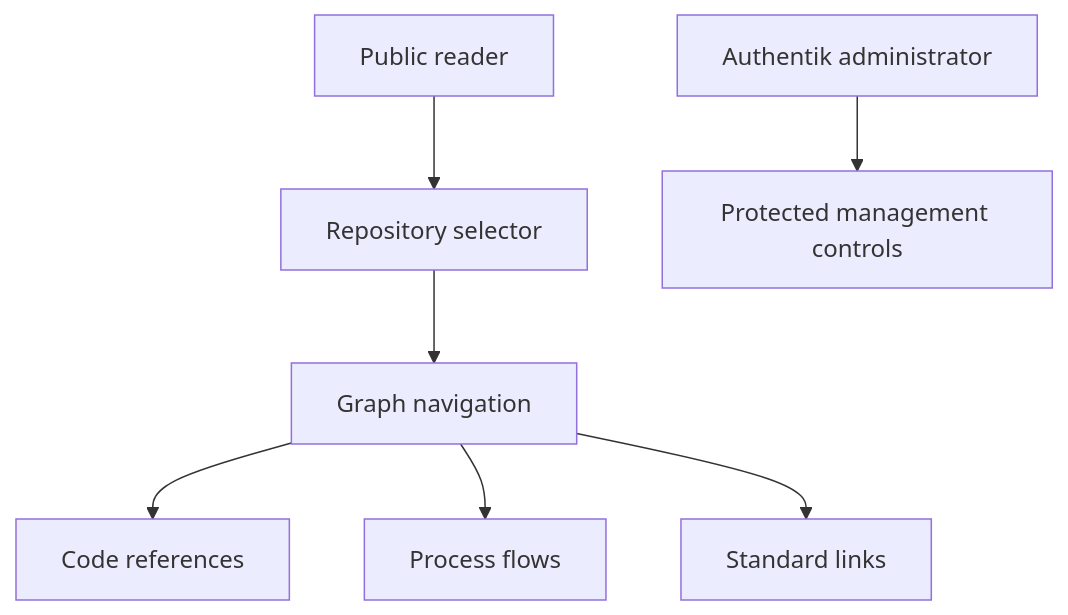
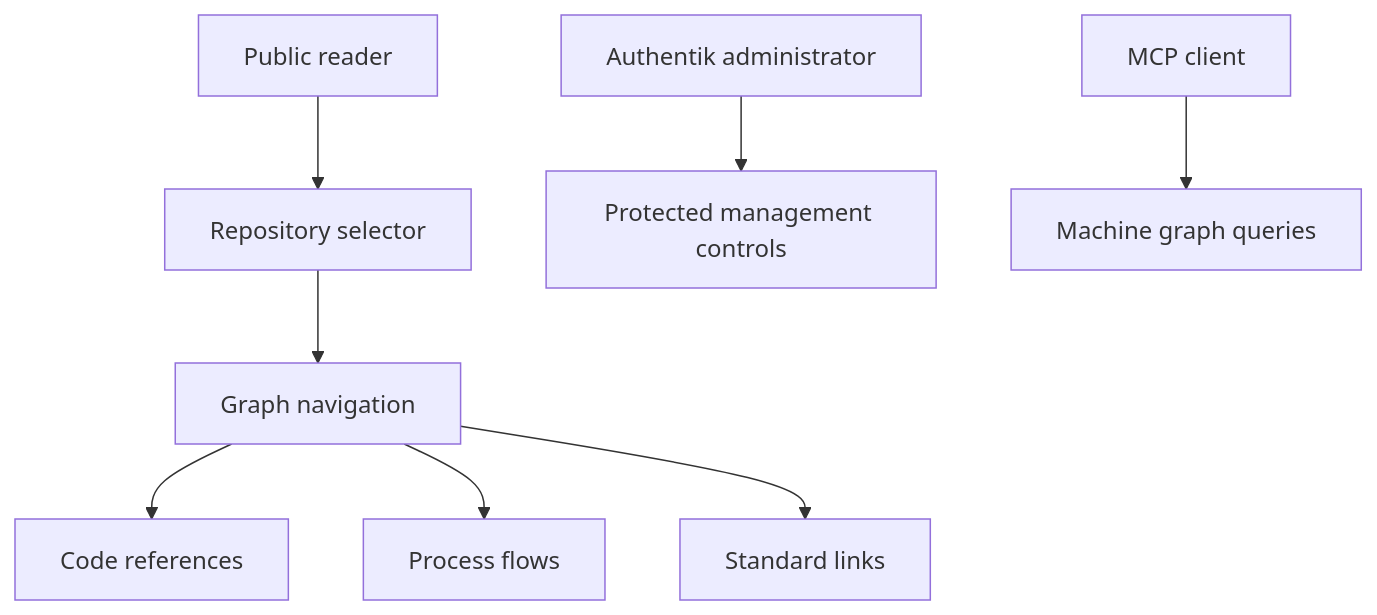
Before and after one commit to Cyber-Nomad-Collective/beskid: the diagram in site/website/src/content/docs/docs/platform/nexus.md, drawn with Mermaid. The commit also changed other lines of this file and 12 other files, not shown here.

````diff
--- a/site/website/src/content/docs/docs/platform/nexus.md
+++ b/site/website/src/content/docs/docs/platform/nexus.md
@@ -34,11 +36,12 @@
 ```mermaid
 flowchart TD
-  accTitle: Nexus reader and administrator boundary
-  accDescr: A public reader selects a repository and navigates its graph. Code references, process flows, and Standard links remain reader features. Authentik administrators manage protected controls.
+  accTitle: Nexus reader, administrator, and MCP boundary
+  accDescr: Public readers navigate graphs. Authentik administrators manage protected controls. MCP clients make machine graph queries through a separate role.
   R[Public reader] --> S[Repository selector]
   S --> G[Graph navigation]
   G --> C[Code references]
   G --> P[Process flows]
   G --> L[Standard links]
   A[Authentik administrator] --> M[Protected management controls]
+  X[MCP client] --> Q[Machine graph queries]
 ```
````
